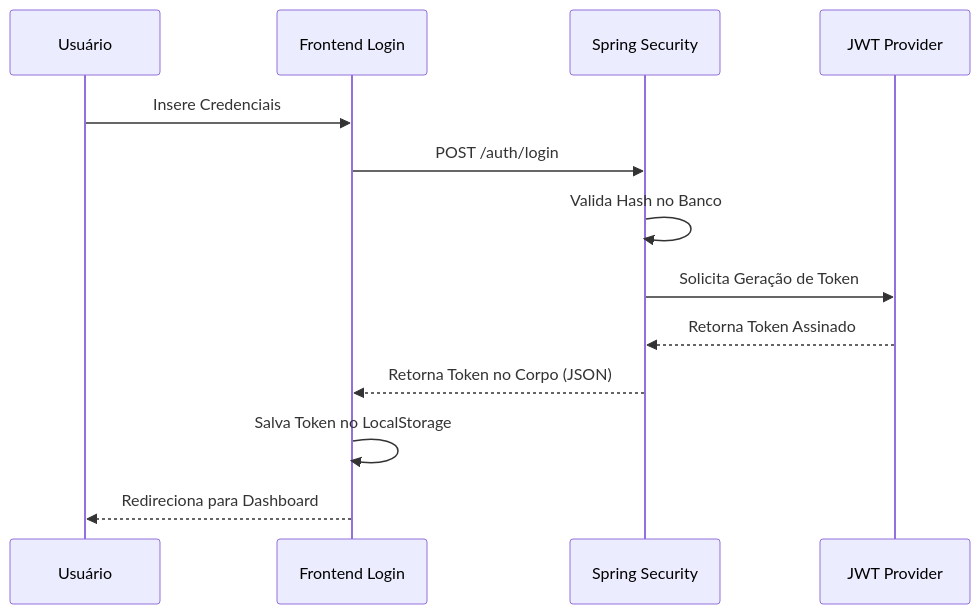
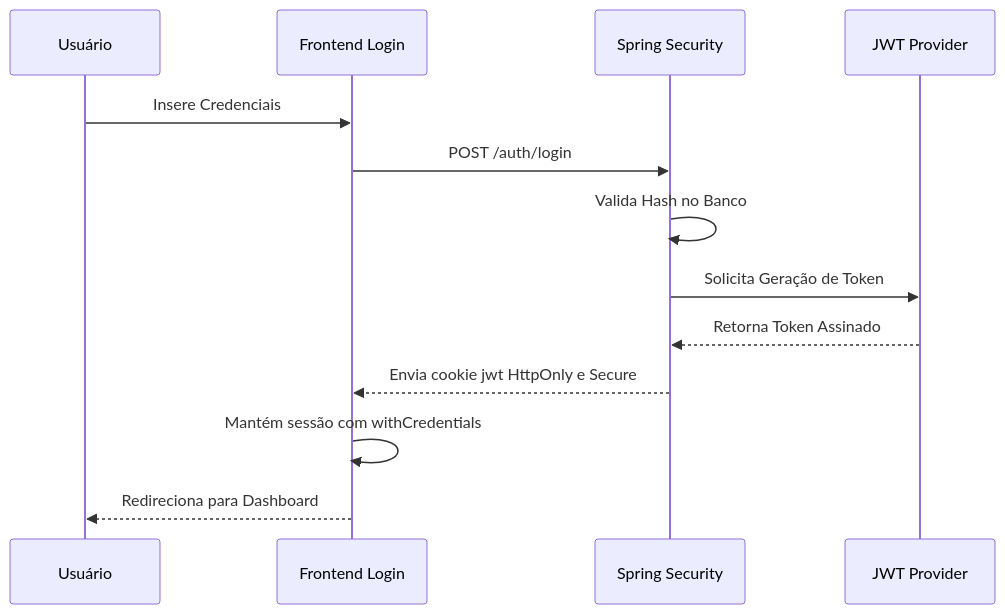
Before and after one commit to pedrohpsantos/EdTech: the first of 4 diagrams in docs/arquitetura/nuvem_e_seguranca/seguranca_app.md, drawn with Mermaid. The commit also changed other lines of this file and 10 other files, not shown here.

````diff
--- a/docs/arquitetura/nuvem_e_seguranca/seguranca_app.md
+++ b/docs/arquitetura/nuvem_e_seguranca/seguranca_app.md
@@ -35,16 +44,16 @@
 ```mermaid
 sequenceDiagram
     participant U as Usuário
     participant L as Frontend Login
     participant S as Spring Security
     participant J as JWT Provider
 
     U->>L: Insere Credenciais
     L->>S: POST /auth/login
     S->>S: Valida Hash no Banco
     S->>J: Solicita Geração de Token
     J-->>S: Retorna Token Assinado
-    S-->>L: Retorna Token no Corpo (JSON)
-    L->>L: Salva Token no LocalStorage
+    S-->>L: Envia cookie jwt HttpOnly e Secure
+    L->>L: Mantém sessão com withCredentials
     L-->>U: Redireciona para Dashboard
 ```
````
